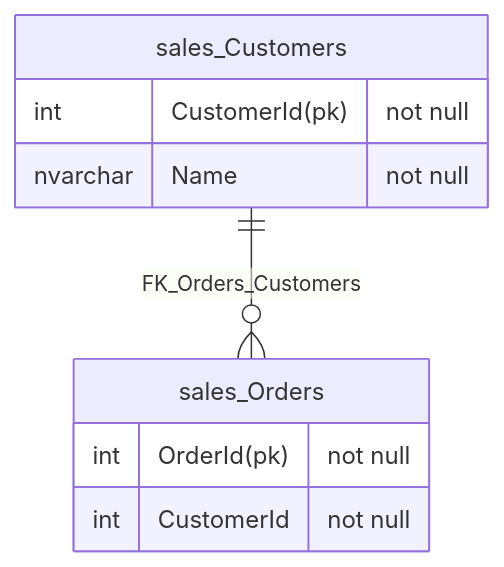
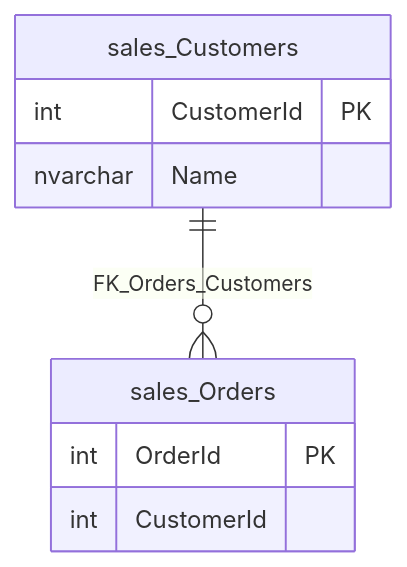
Before and after one commit to SimonCropp/DbToMermaid: the diagram in src/EfToMermaid.Tests/Tests.WithSchema.verified.md, drawn with Mermaid. The commit also changed 5 other files, not shown here.

````diff
--- a/src/EfToMermaid.Tests/Tests.WithSchema.verified.md
+++ b/src/EfToMermaid.Tests/Tests.WithSchema.verified.md
@@ -2,12 +2,12 @@
 ```mermaid
 erDiagram
   sales_Customers {
-    int CustomerId(pk) "not null"
-    nvarchar Name "not null"
+    int CustomerId PK
+    nvarchar Name
   }
   sales_Orders {
-    int OrderId(pk) "not null"
-    int CustomerId "not null"
+    int OrderId PK
+    int CustomerId
   }
   sales_Customers ||--o{ sales_Orders : "FK_Orders_Customers"
 ```
````
